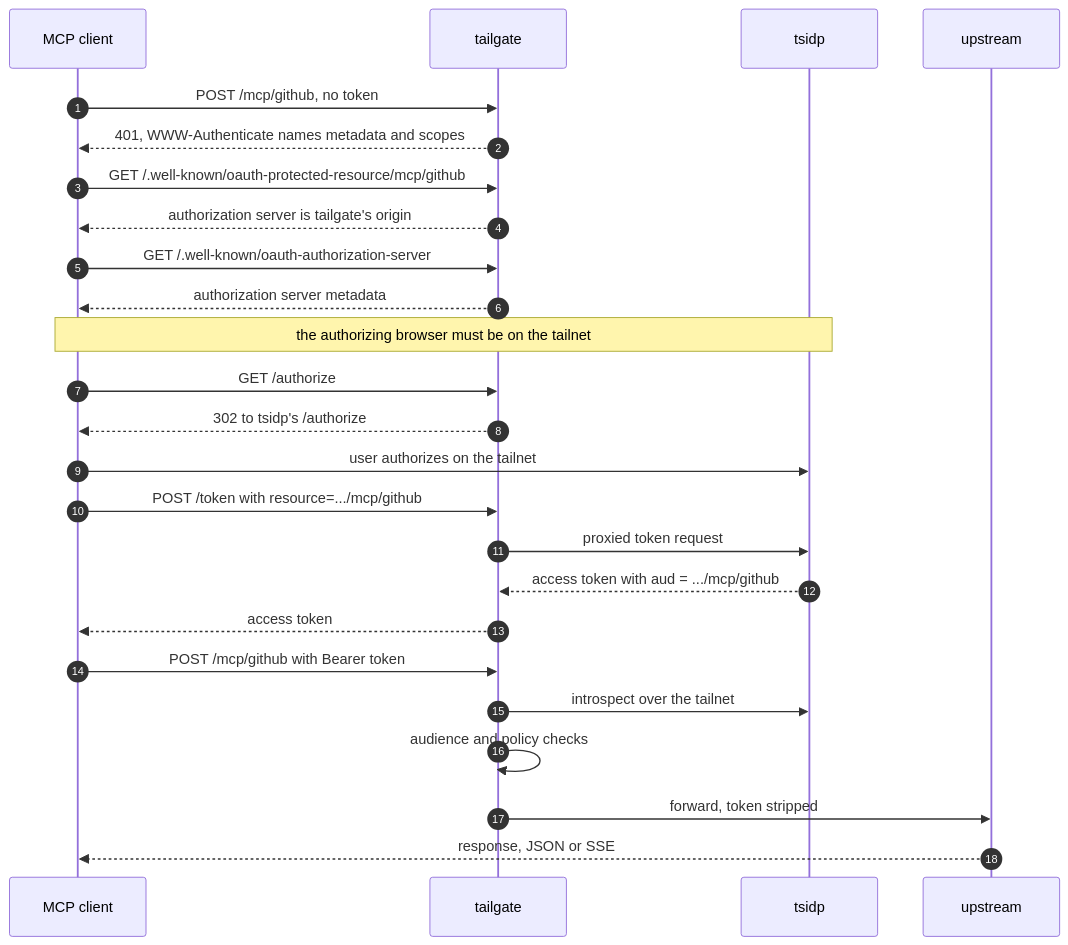
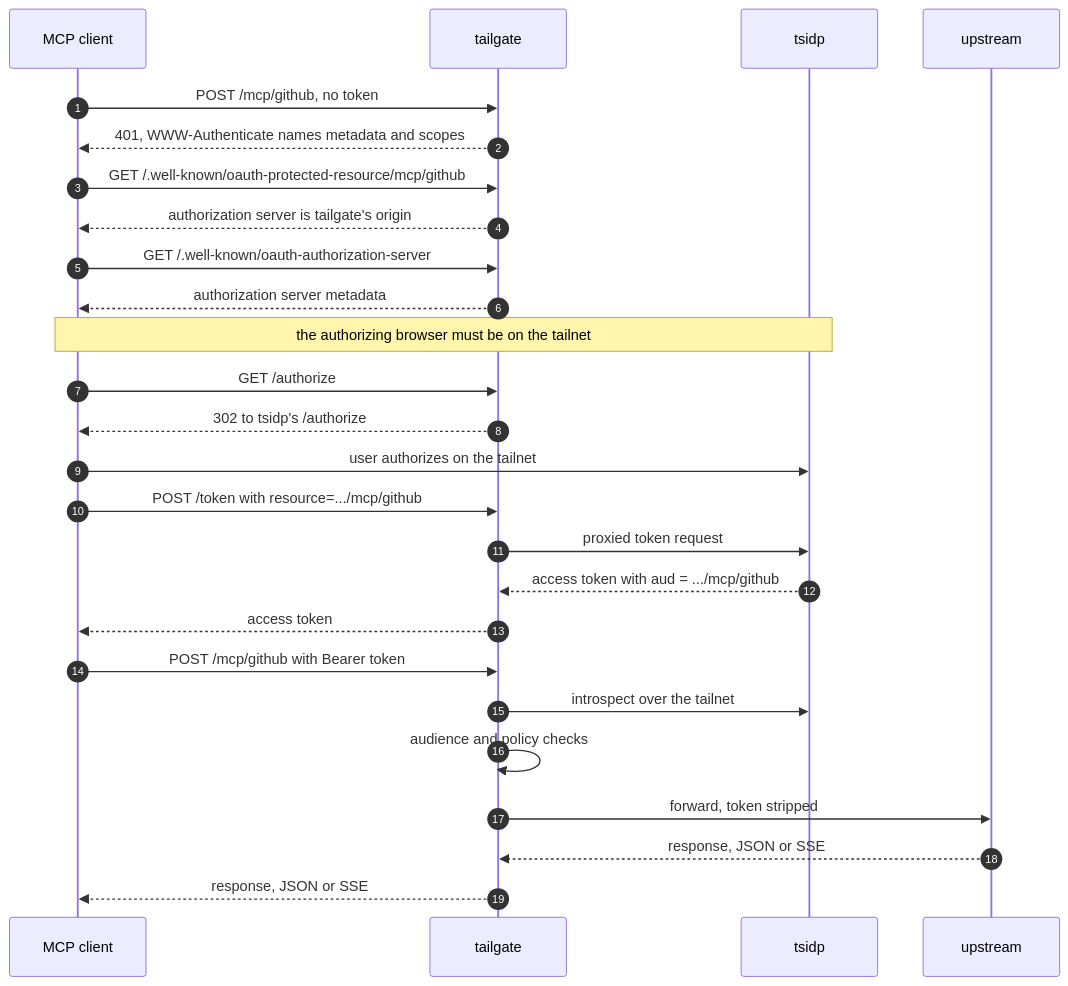
Before and after one commit to bendrucker/tailgate: the second of 2 diagrams in README.md, drawn with Mermaid. The commit also changed other lines of this file and 3 other files, not shown here.

````diff
--- a/README.md
+++ b/README.md
@@ -35,28 +35,29 @@
 ```mermaid
 sequenceDiagram
   autonumber
   participant C as MCP client
   participant T as tailgate
   participant I as tsidp
   participant U as upstream
 
   C->>T: POST /mcp/github, no token
   T-->>C: 401, WWW-Authenticate names metadata and scopes
   C->>T: GET /.well-known/oauth-protected-resource/mcp/github
   T-->>C: authorization server is tailgate's origin
   C->>T: GET /.well-known/oauth-authorization-server
   T-->>C: authorization server metadata
   Note over C,I: the authorizing browser must be on the tailnet
   C->>T: GET /authorize
   T-->>C: 302 to tsidp's /authorize
   C->>I: user authorizes on the tailnet
   C->>T: POST /token with resource=.../mcp/github
   T->>I: proxied token request
   I-->>T: access token with aud = .../mcp/github
   T-->>C: access token
   C->>T: POST /mcp/github with Bearer token
   T->>I: introspect over the tailnet
   T->>T: audience and policy checks
   T->>U: forward, token stripped
-  U-->>C: response, JSON or SSE
+  U-->>T: response, JSON or SSE
+  T-->>C: response, JSON or SSE
 ```
````
